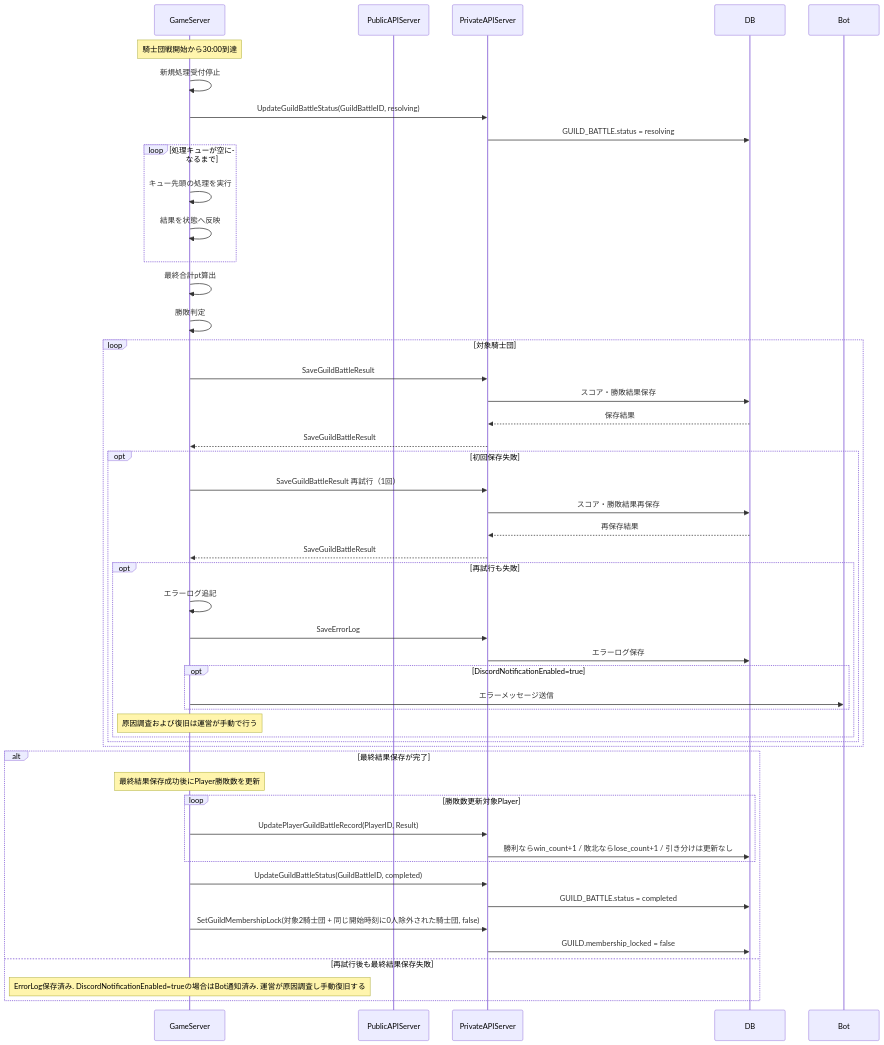
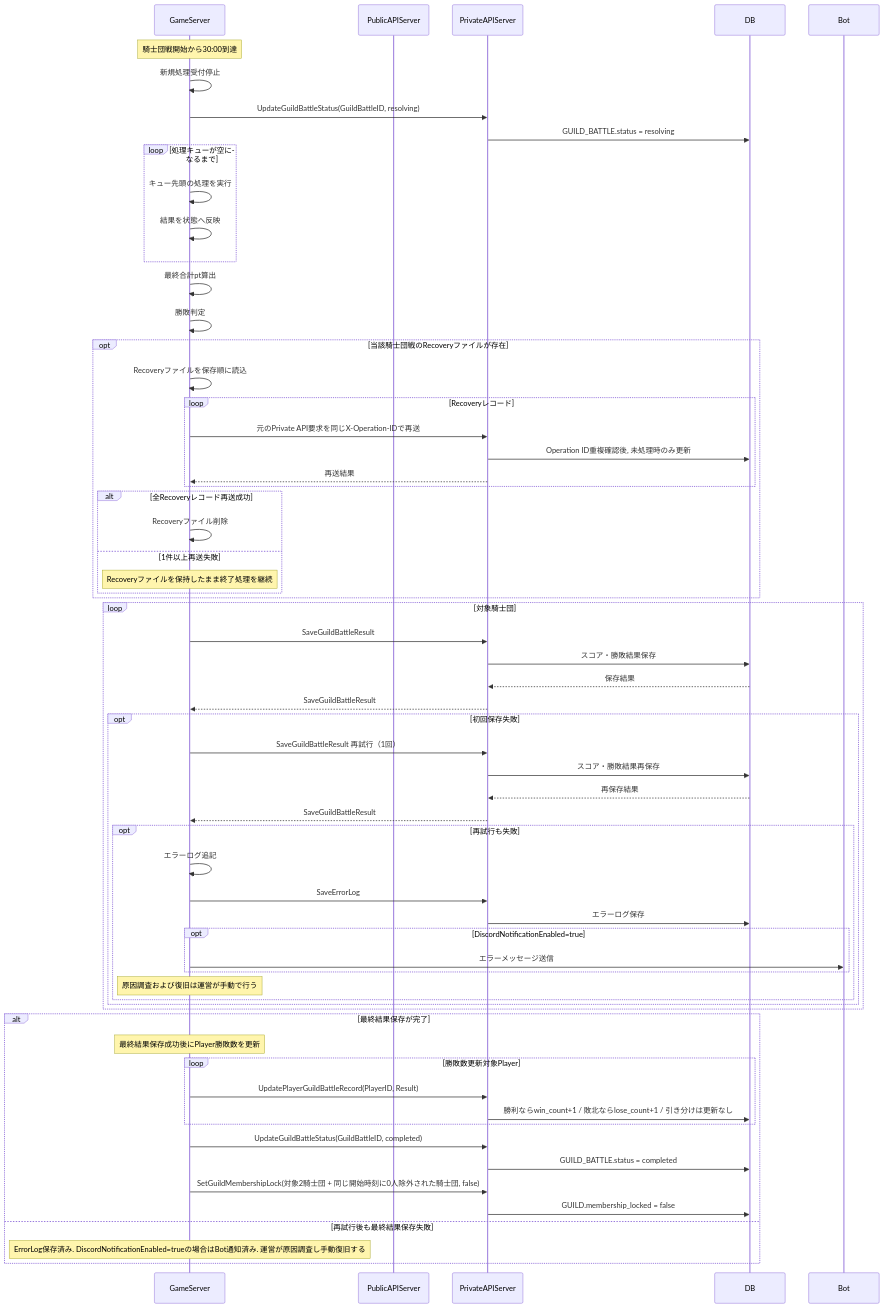
Diagram 16 of 16 in design/guild_battle.md (ReHydrangeaOdyssey/Specifications), drawn with Mermaid before and after one commit. The commit also changed other lines of this file and 6 other files, not shown here.

````diff
--- a/design/guild_battle.md
+++ b/design/guild_battle.md
@@ -662,60 +665,74 @@
 ```mermaid
 sequenceDiagram
     participant GameServer
     participant PublicAPIServer
     participant PrivateAPIServer
     participant DB
     participant Bot
 
     Note over GameServer: 騎士団戦開始から30:00到達
 
     GameServer->>GameServer: 新規処理受付停止
     GameServer->>PrivateAPIServer: UpdateGuildBattleStatus(GuildBattleID, resolving)
     PrivateAPIServer->>DB: GUILD_BATTLE.status = resolving
 
     loop 処理キューが空になるまで
         GameServer->>GameServer: キュー先頭の処理を実行
         GameServer->>GameServer: 結果を状態へ反映
     end
 
     GameServer->>GameServer: 最終合計pt算出
     GameServer->>GameServer: 勝敗判定
+
+    opt 当該騎士団戦のRecoveryファイルが存在
+        GameServer->>GameServer: Recoveryファイルを保存順に読込
+        loop Recoveryレコード
+            GameServer->>PrivateAPIServer: 元のPrivate API要求を同じX-Operation-IDで再送
+            PrivateAPIServer->>DB: Operation ID重複確認後, 未処理時のみ更新
+            PrivateAPIServer-->>GameServer: 再送結果
+        end
+        alt 全Recoveryレコード再送成功
+            GameServer->>GameServer: Recoveryファイル削除
+        else 1件以上再送失敗
+            Note over GameServer: Recoveryファイルを保持したまま終了処理を継続
+        end
+    end
 
     loop 対象騎士団
         GameServer->>PrivateAPIServer: SaveGuildBattleResult
         PrivateAPIServer->>DB: スコア・勝敗結果保存
         DB-->>PrivateAPIServer: 保存結果
         PrivateAPIServer-->>GameServer: SaveGuildBattleResult
 
         opt 初回保存失敗
             GameServer->>PrivateAPIServer: SaveGuildBattleResult 再試行（1回）
             PrivateAPIServer->>DB: スコア・勝敗結果再保存
             DB-->>PrivateAPIServer: 再保存結果
             PrivateAPIServer-->>GameServer: SaveGuildBattleResult
             opt 再試行も失敗
                 GameServer->>GameServer: エラーログ追記
                 GameServer->>PrivateAPIServer: SaveErrorLog
                 PrivateAPIServer->>DB: エラーログ保存
                 opt DiscordNotificationEnabled=true
                     GameServer->>Bot: エラーメッセージ送信
                 end
                 Note over GameServer: 原因調査および復旧は運営が手動で行う
             end
         end
     end
 
 
     alt 最終結果保存が完了
         Note over GameServer: 最終結果保存成功後にPlayer勝敗数を更新
         loop 勝敗数更新対象Player
             GameServer->>PrivateAPIServer: UpdatePlayerGuildBattleRecord(PlayerID, Result)
             PrivateAPIServer->>DB: 勝利ならwin_count+1 / 敗北ならlose_count+1 / 引き分けは更新なし
         end
         GameServer->>PrivateAPIServer: UpdateGuildBattleStatus(GuildBattleID, completed)
         PrivateAPIServer->>DB: GUILD_BATTLE.status = completed
         GameServer->>PrivateAPIServer: SetGuildMembershipLock(対象2騎士団 + 同じ開始時刻に0人除外された騎士団, false)
         PrivateAPIServer->>DB: GUILD.membership_locked = false
     else 再試行後も最終結果保存失敗
         Note over GameServer: ErrorLog保存済み. DiscordNotificationEnabled=trueの場合はBot通知済み. 運営が原因調査し手動復旧する
     end
 ```
````
